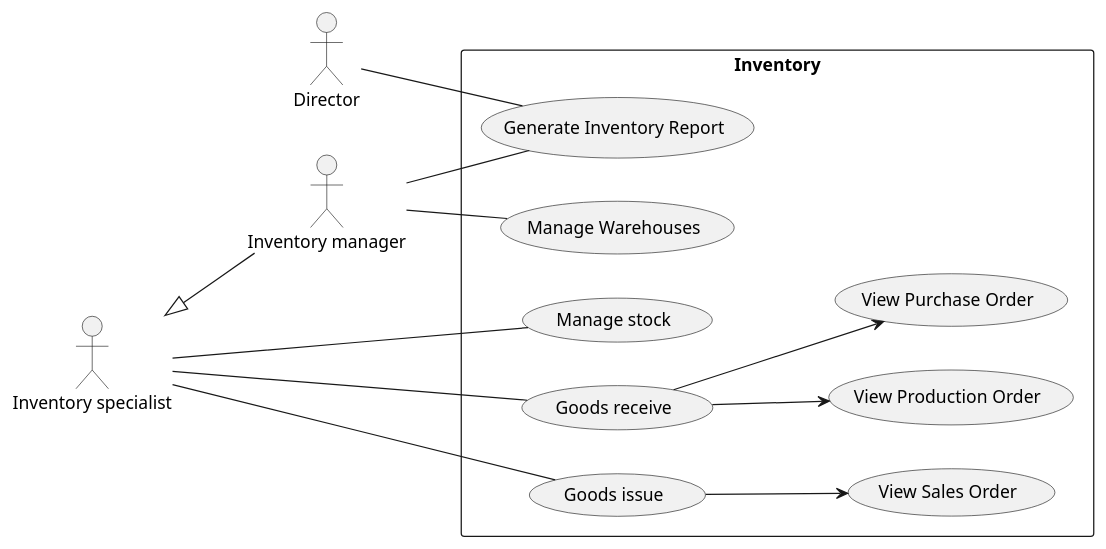
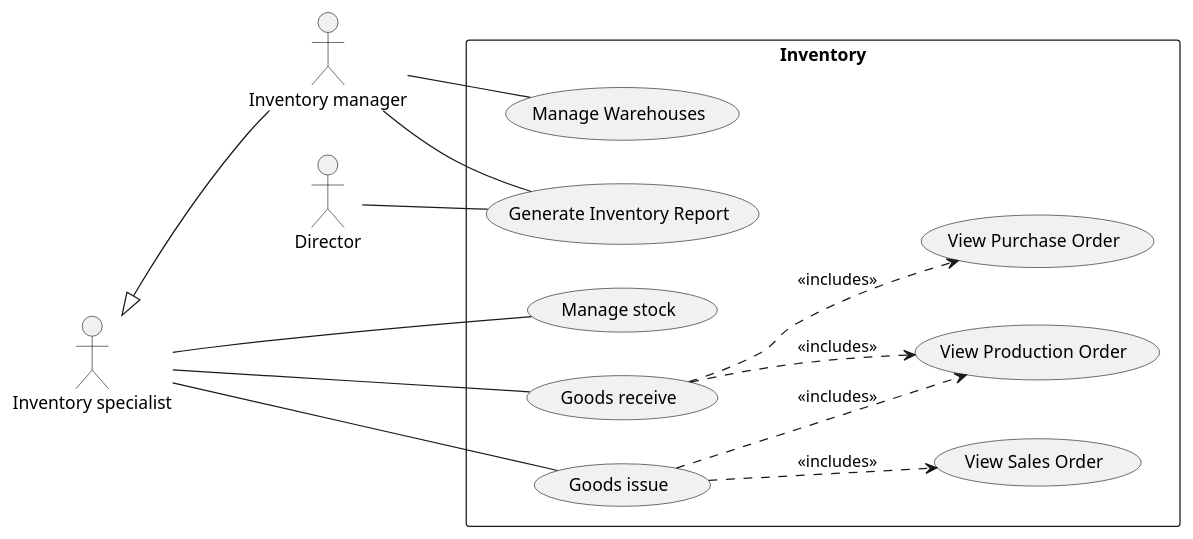
Before and after one commit to phihungha/SE357-Practice-class: the diagram in Lab1/Lab1.2/use-cases/inventory.plantuml, drawn with PlantUML. The commit also changed 21 other files, not shown here.

Commit message:
Reduce use case number and split class diagram

```diff
--- a/Lab1/Lab1.2/use-cases/inventory.plantuml
+++ b/Lab1/Lab1.2/use-cases/inventory.plantuml
@@ -1,24 +1,25 @@
-@startuml Inventory
+@startuml inventory
 left to right direction
 
 :Director: as d
 
 :Inventory manager: as im
 :Inventory specialist: as is
 is <|-- im
 
 rectangle Inventory {
     is -- (Manage stock)
 
     is -- (Goods receive)
-    (Goods receive) --> (View Purchase Order)
-    (Goods receive) --> (View Production Order)
+    (Goods receive) ..> (View Purchase Order) : <<includes>>
+    (Goods receive) ..> (View Production Order) : <<includes>>
 
     is -- (Goods issue)
-    (Goods issue) --> (View Sales Order)
+    (Goods issue) ..> (View Sales Order) : <<includes>>
+    (Goods issue) ..> (View Production Order) : <<includes>>
 
     im -- (Manage Warehouses)
     im -- (Generate Inventory Report)
     d -- (Generate Inventory Report)
 }
 @enduml
```
